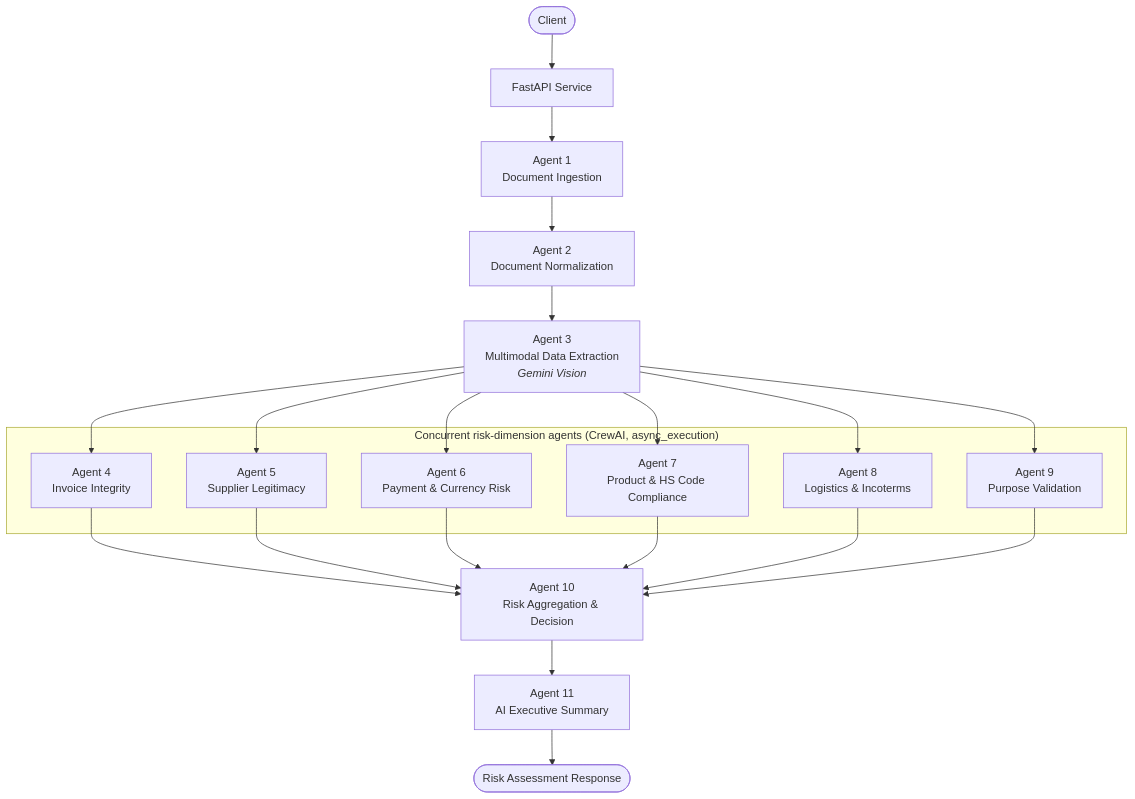
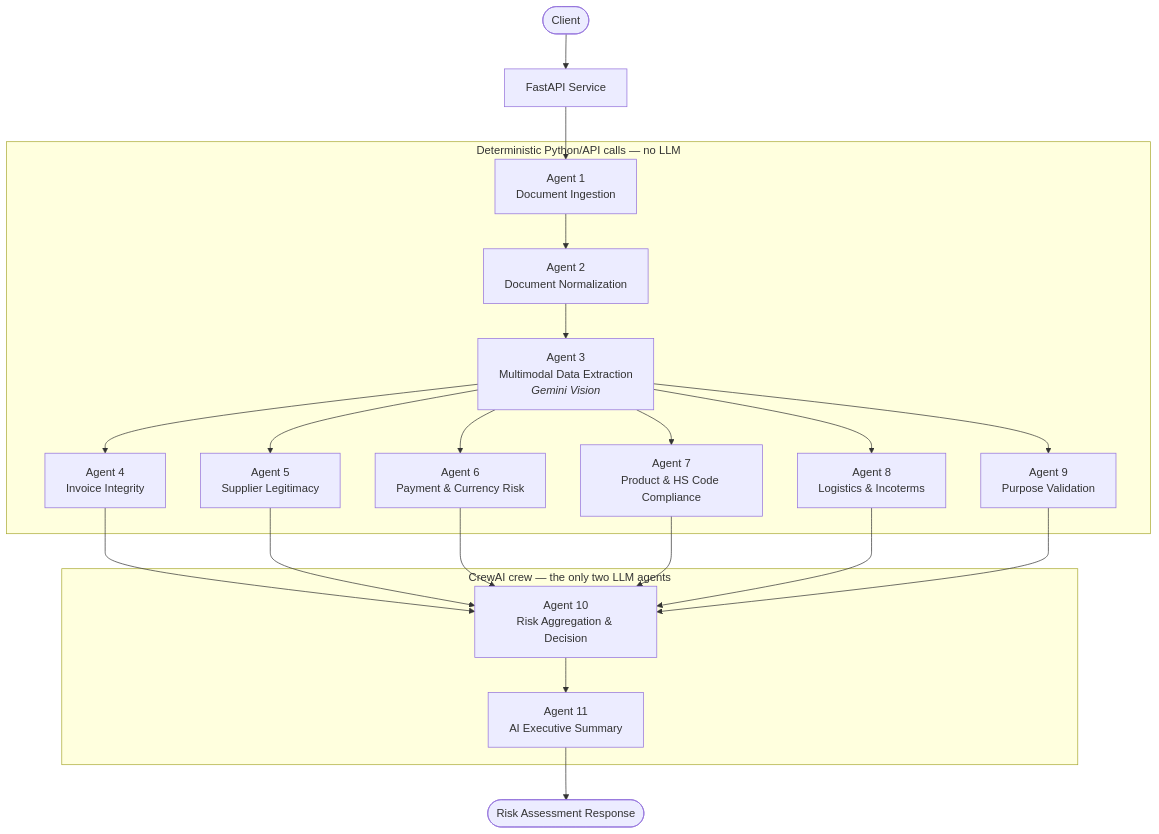
One commit to kemesay/AI-Agent changed the diagram in docs/ARCHITECTURE.md. Above: the diagram before and after it, drawn with Mermaid. The commit also changed other lines of this file and 2 other files, not shown here.

First line of the commit message:
docs: update architecture diagrams for the deterministic agents 4-9 pipeline

````diff
--- a/docs/ARCHITECTURE.md
+++ b/docs/ARCHITECTURE.md
@@ -137,33 +141,41 @@
 ```mermaid
 flowchart TD
     Client([Client]) --> API[FastAPI Service]
     API --> A1[Agent 1<br/>Document Ingestion]
     A1 --> A2[Agent 2<br/>Document Normalization]
     A2 --> A3[Agent 3<br/>Multimodal Data Extraction<br/><i>Gemini Vision</i>]
 
     A3 --> A4[Agent 4<br/>Invoice Integrity]
     A3 --> A5[Agent 5<br/>Supplier Legitimacy]
     A3 --> A6[Agent 6<br/>Payment &amp; Currency Risk]
     A3 --> A7[Agent 7<br/>Product &amp; HS Code Compliance]
     A3 --> A8[Agent 8<br/>Logistics &amp; Incoterms]
     A3 --> A9[Agent 9<br/>Purpose Validation]
 
     A4 --> A10[Agent 10<br/>Risk Aggregation &amp; Decision]
     A5 --> A10
     A6 --> A10
     A7 --> A10
     A8 --> A10
     A9 --> A10
 
-    A10 --> A11[Agent 11<br/>AI Executive Summary]
+    subgraph Crew["CrewAI crew — the only two LLM agents"]
+        A10
+        A11[Agent 11<br/>AI Executive Summary]
+    end
+
+    A10 --> A11
     A11 --> Response([Risk Assessment Response])
 
-    subgraph Parallel["Concurrent risk-dimension agents (CrewAI, async_execution)"]
+    subgraph Deterministic["Deterministic Python/API calls — no LLM"]
+        A1
+        A2
+        A3
         A4
         A5
         A6
         A7
         A8
         A9
     end
 ```
````
